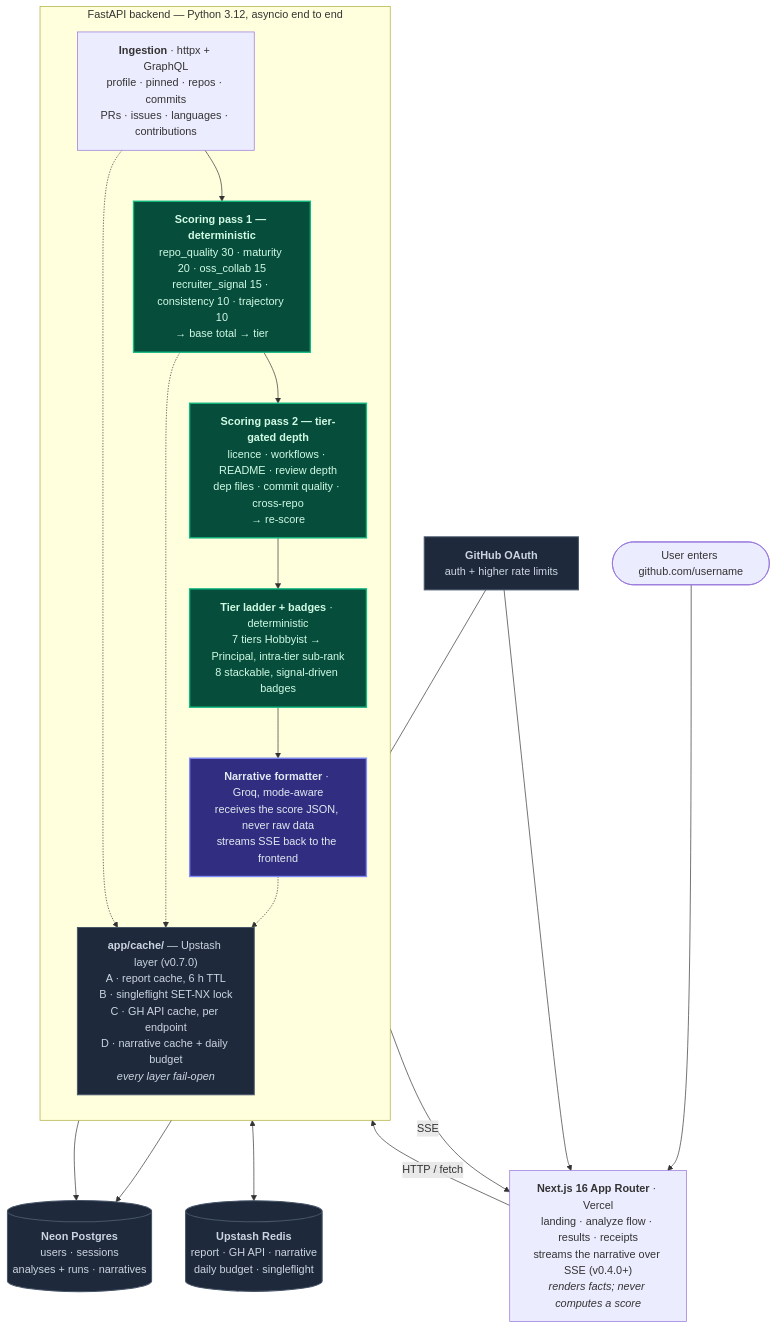
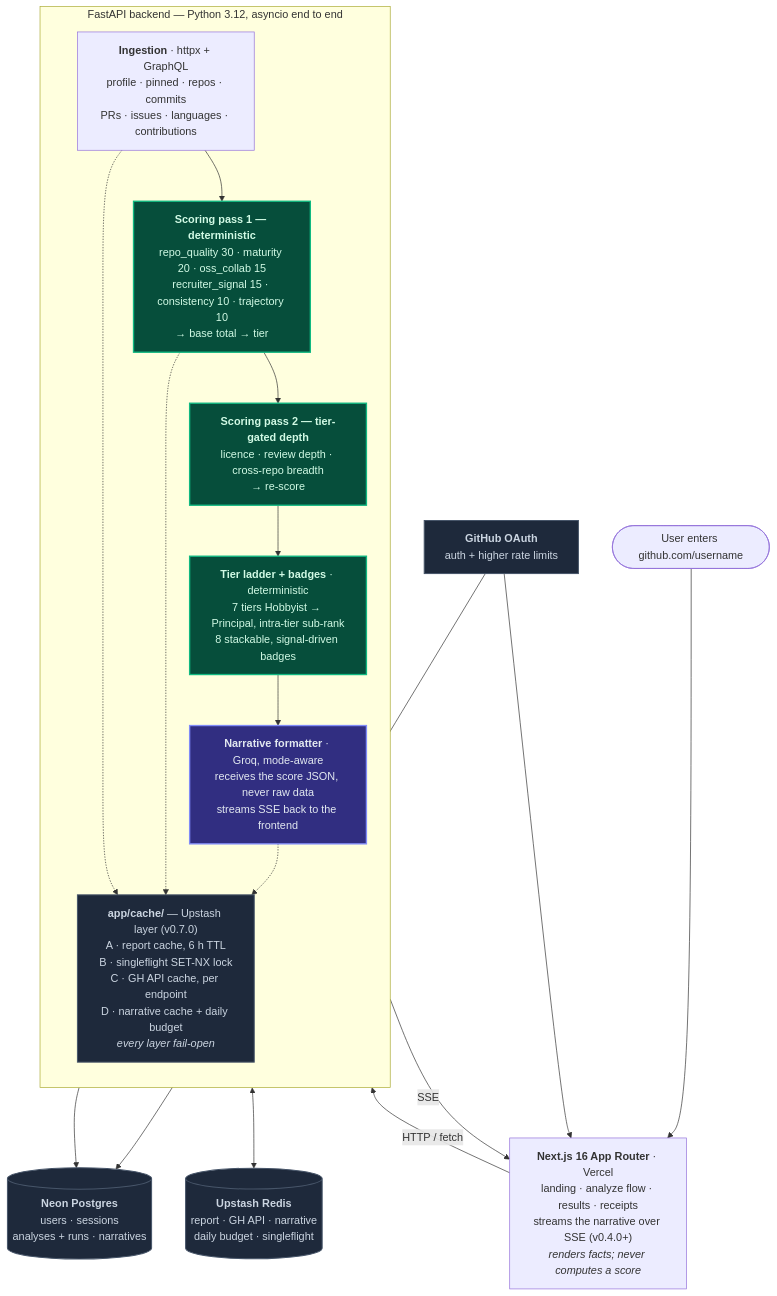
The diagram in ARCHITECTURE.md (Shaan-alpha/Skill-Issue), drawn with Mermaid before and after one commit. The commit also changed other lines of this file and 13 other files, not shown here.

````diff
--- a/ARCHITECTURE.md
+++ b/ARCHITECTURE.md
@@ -19,38 +19,38 @@
 ```mermaid
 flowchart TD
     U(["User enters github.com/username"])
 
     FE["<b>Next.js 16 App Router</b> · Vercel<br/>landing · analyze flow · results · receipts<br/>streams the narrative over SSE (v0.4.0+)<br/><i>renders facts; never computes a score</i>"]
 
     subgraph BE ["FastAPI backend — Python 3.12, asyncio end to end"]
         direction TB
         ING["<b>Ingestion</b> · httpx + GraphQL<br/>profile · pinned · repos · commits<br/>PRs · issues · languages · contributions"]
         P1["<b>Scoring pass 1 — deterministic</b><br/>repo_quality 30 · maturity 20 · oss_collab 15<br/>recruiter_signal 15 · consistency 10 · trajectory 10<br/>→ base total → tier"]
-        P2["<b>Scoring pass 2 — tier-gated depth</b><br/>licence · workflows · README · review depth<br/>dep files · commit quality · cross-repo<br/>→ re-score"]
+        P2["<b>Scoring pass 2 — tier-gated depth</b><br/>licence · review depth · cross-repo breadth<br/>→ re-score"]
         TB["<b>Tier ladder + badges</b> · deterministic<br/>7 tiers Hobbyist → Principal, intra-tier sub-rank<br/>8 stackable, signal-driven badges"]
         NAR["<b>Narrative formatter</b> · Groq, mode-aware<br/>receives the score JSON, never raw data<br/>streams SSE back to the frontend"]
         CACHE["<b>app/cache/</b> — Upstash layer (v0.7.0)<br/>A · report cache, 6 h TTL<br/>B · singleflight SET-NX lock<br/>C · GH API cache, per endpoint<br/>D · narrative cache + daily budget<br/><i>every layer fail-open</i>"]
         ING --> P1 --> P2 --> TB --> NAR
         ING -.-> CACHE
         P1 -.-> CACHE
         NAR -.-> CACHE
     end
 
     REDIS[("<b>Upstash Redis</b><br/>report · GH API · narrative<br/>daily budget · singleflight")]
     NEON[("<b>Neon Postgres</b><br/>users · sessions<br/>analyses + runs · narratives")]
     OAUTH["<b>GitHub OAuth</b><br/>auth + higher rate limits"]
 
     U --> FE -->|"HTTP / fetch"| ING
     CACHE <--> REDIS
     TB --> NEON
     NAR -->|"SSE"| FE
     OAUTH --> FE
     OAUTH --> NEON
 
     classDef det fill:#064e3b,stroke:#10b981,stroke-width:2px,color:#d1fae5
     classDef ai fill:#312e81,stroke:#818cf8,stroke-width:2px,color:#e2e8f0
     classDef store fill:#1e293b,stroke:#475569,stroke-width:1.5px,color:#cbd5e1
     class P1,P2,TB det
     class NAR ai
     class REDIS,NEON,OAUTH,CACHE store
 ```
````
